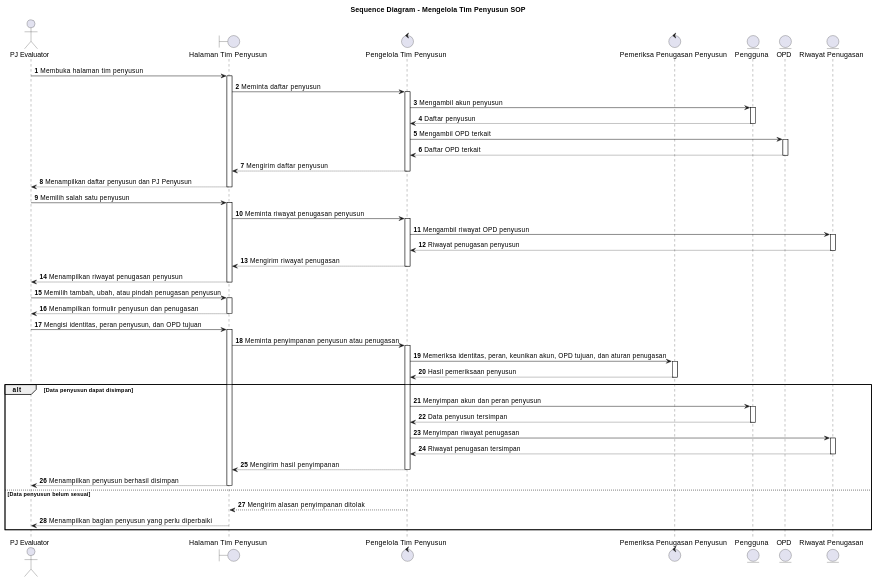
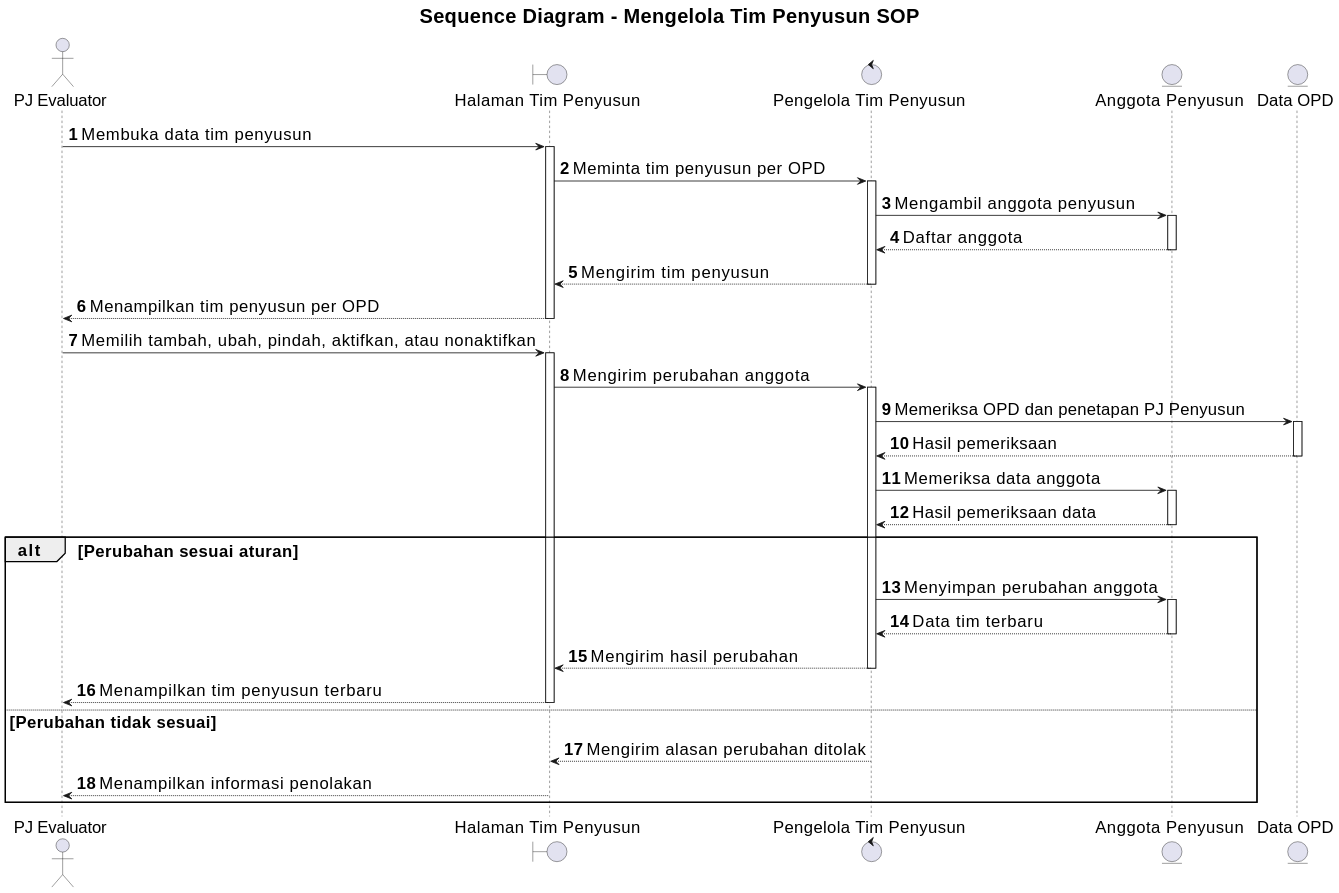
One commit to howlil/sop-generate-app changed the diagram in docs/sequence/lampiran/pj-evaluator-mengelola-tim-penyusun-sop.md. Above: the diagram before and after it, drawn with PlantUML. The commit also changed other lines of this file and 20 other files, not shown here.

Commit message:
docs(sequence): align all sequence diagrams with use cases

````diff
--- a/docs/sequence/lampiran/pj-evaluator-mengelola-tim-penyusun-sop.md
+++ b/docs/sequence/lampiran/pj-evaluator-mengelola-tim-penyusun-sop.md
@@ -16,50 +16,42 @@
 ```plantuml
 @startuml
+skinparam defaultFontSize 20
+skinparam titleFontSize 24
+skinparam dpi 160
+
 title Sequence Diagram - Mengelola Tim Penyusun SOP
 autonumber
 autoactivate on
 
 actor "PJ Evaluator" as A
 boundary "Halaman Tim Penyusun" as B
 control "Pengelola Tim Penyusun" as C
-control "Pemeriksa Penugasan Penyusun" as D
-entity "Pengguna" as Pengguna
-entity "OPD" as OPD
-entity "Riwayat Penugasan" as RiwayatPenugasan
+entity "Anggota Penyusun" as D
+entity "Data OPD" as E
 
-A -> B : Membuka halaman tim penyusun
-B -> C : Meminta daftar penyusun
-C -> Pengguna : Mengambil akun penyusun
-Pengguna --> C : Daftar penyusun
-C -> OPD : Mengambil OPD terkait
-OPD --> C : Daftar OPD terkait
-C --> B : Mengirim daftar penyusun
-B --> A : Menampilkan daftar penyusun dan PJ Penyusun
+A -> B : Membuka data tim penyusun
+B -> C : Meminta tim penyusun per OPD
+C -> D : Mengambil anggota penyusun
+D --> C : Daftar anggota
+C --> B : Mengirim tim penyusun
+B --> A : Menampilkan tim penyusun per OPD
 
-A -> B : Memilih salah satu penyusun
-B -> C : Meminta riwayat penugasan penyusun
-C -> RiwayatPenugasan : Mengambil riwayat OPD penyusun
-RiwayatPenugasan --> C : Riwayat penugasan penyusun
-C --> B : Mengirim riwayat penugasan
-B --> A : Menampilkan riwayat penugasan penyusun
+A -> B : Memilih tambah, ubah, pindah, aktifkan, atau nonaktifkan
+B -> C : Mengirim perubahan anggota
+C -> E : Memeriksa OPD dan penetapan PJ Penyusun
+E --> C : Hasil pemeriksaan
+C -> D : Memeriksa data anggota
+D --> C : Hasil pemeriksaan data
 
-A -> B : Memilih tambah, ubah, atau pindah penugasan penyusun
-B --> A : Menampilkan formulir penyusun dan penugasan
-A -> B : Mengisi identitas, peran penyusun, dan OPD tujuan
-B -> C : Meminta penyimpanan penyusun atau penugasan
-C -> D : Memeriksa identitas, peran, keunikan akun, OPD tujuan, dan aturan penugasan
-D --> C : Hasil pemeriksaan penyusun
-alt Data penyusun dapat disimpan
-  C -> Pengguna : Menyimpan akun dan peran penyusun
-  Pengguna --> C : Data penyusun tersimpan
-  C -> RiwayatPenugasan : Menyimpan riwayat penugasan
-  RiwayatPenugasan --> C : Riwayat penugasan tersimpan
-  C --> B : Mengirim hasil penyimpanan
-  B --> A : Menampilkan penyusun berhasil disimpan
-else Data penyusun belum sesuai
-  C --> B : Mengirim alasan penyimpanan ditolak
-  B --> A : Menampilkan bagian penyusun yang perlu diperbaiki
+alt Perubahan sesuai aturan
+  C -> D : Menyimpan perubahan anggota
+  D --> C : Data tim terbaru
+  C --> B : Mengirim hasil perubahan
+  B --> A : Menampilkan tim penyusun terbaru
+else Perubahan tidak sesuai
+  C --> B : Mengirim alasan perubahan ditolak
+  B --> A : Menampilkan informasi penolakan
 end
 
 @enduml
 ```
````
